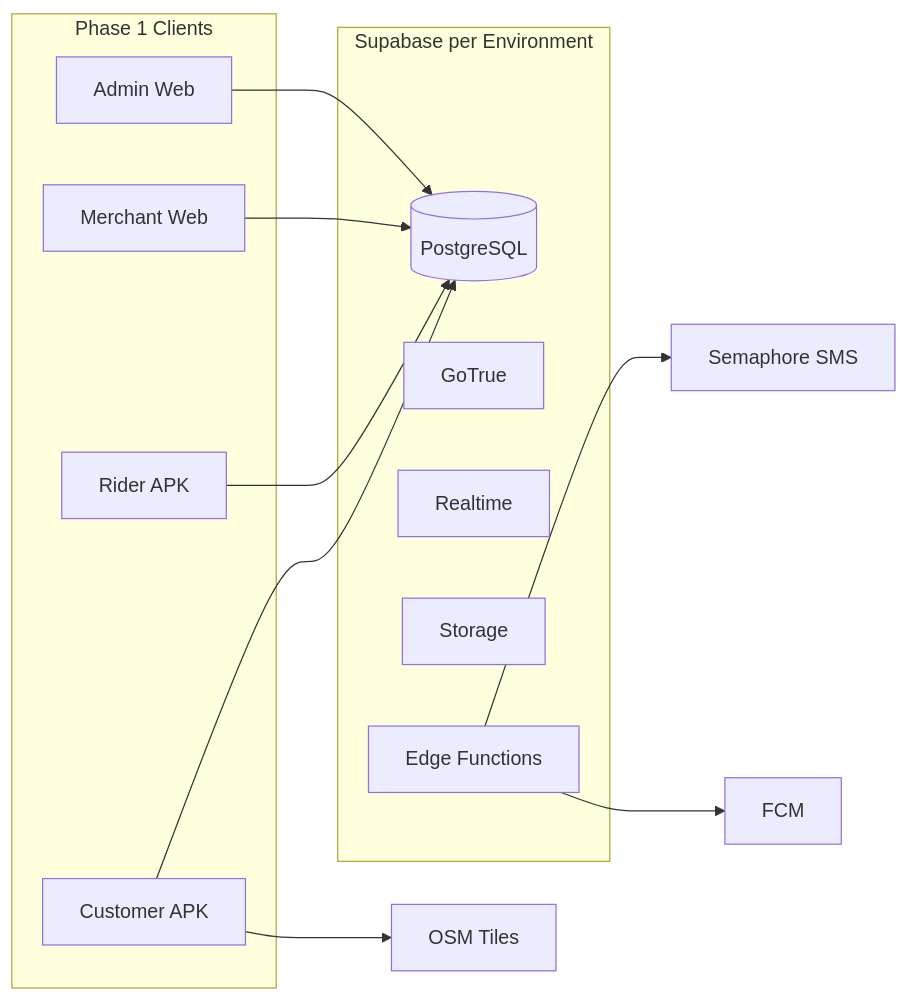
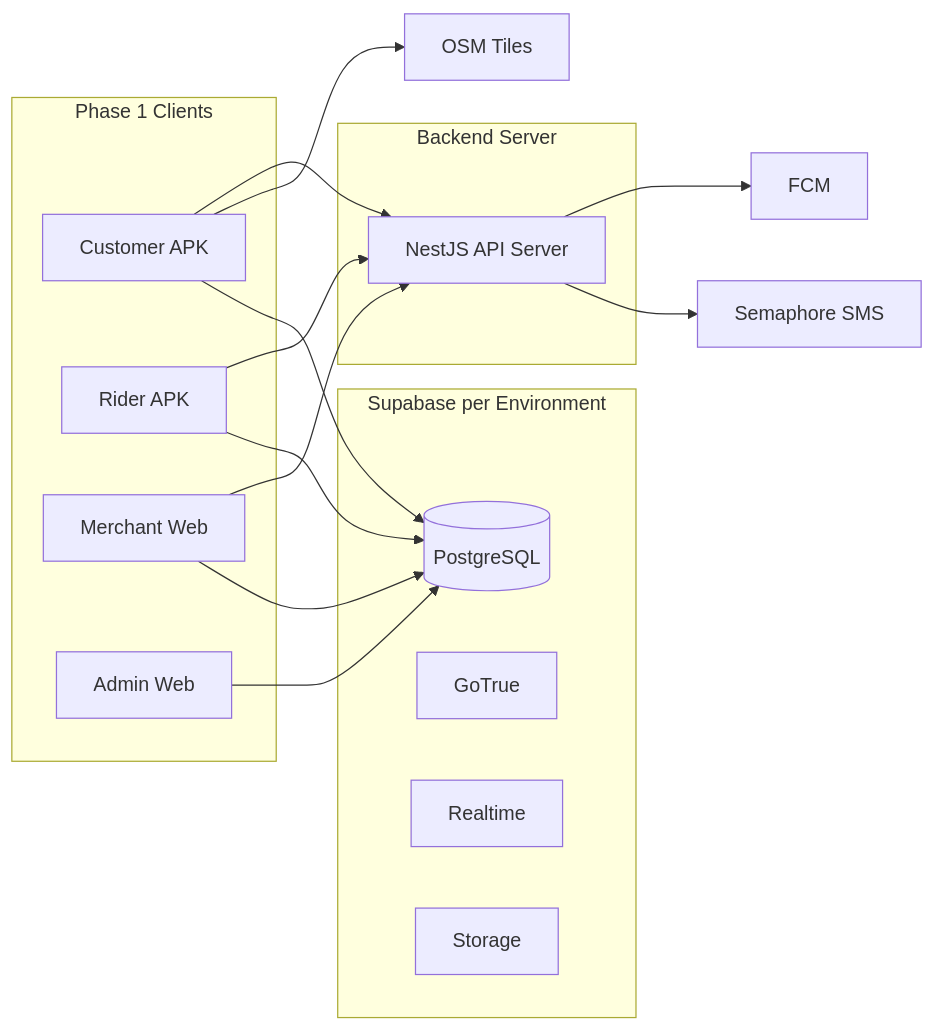
The diagram in docs/breakdown/strategy.md (xzen-projects/cartman-ph-docs), drawn with Mermaid before and after one commit. The commit also changed other lines of this file and 1 other file, not shown here.

First line of the commit message:
chore: Document NestJS backend architecture

````diff
--- a/docs/breakdown/strategy.md
+++ b/docs/breakdown/strategy.md
@@ -97,29 +97,35 @@
 ```mermaid
 flowchart LR
   subgraph clients [Phase 1 Clients]
     AndroidCust[Customer APK]
     AndroidRider[Rider APK]
     WebMerchant[Merchant Web]
     WebAdmin[Admin Web]
   end
 
   subgraph supa [Supabase per Environment]
     PG[(PostgreSQL)]
     AuthSvc[GoTrue]
     RTSvc[Realtime]
     StorageSvc[Storage]
-    EdgeSvc[Edge Functions]
+  end
+
+  subgraph backend [Backend Server]
+    NestAPI[NestJS API Server]
   end
 
   FCM[FCM]
   Semaphore[Semaphore SMS]
   OSM[OSM Tiles]
 
   AndroidCust --> PG
   AndroidRider --> PG
   WebMerchant --> PG
   WebAdmin --> PG
   AndroidCust --> OSM
-  EdgeSvc --> Semaphore
-  EdgeSvc --> FCM
+  AndroidCust --> NestAPI
+  AndroidRider --> NestAPI
+  WebMerchant --> NestAPI
+  NestAPI --> Semaphore
+  NestAPI --> FCM
 ```
````
